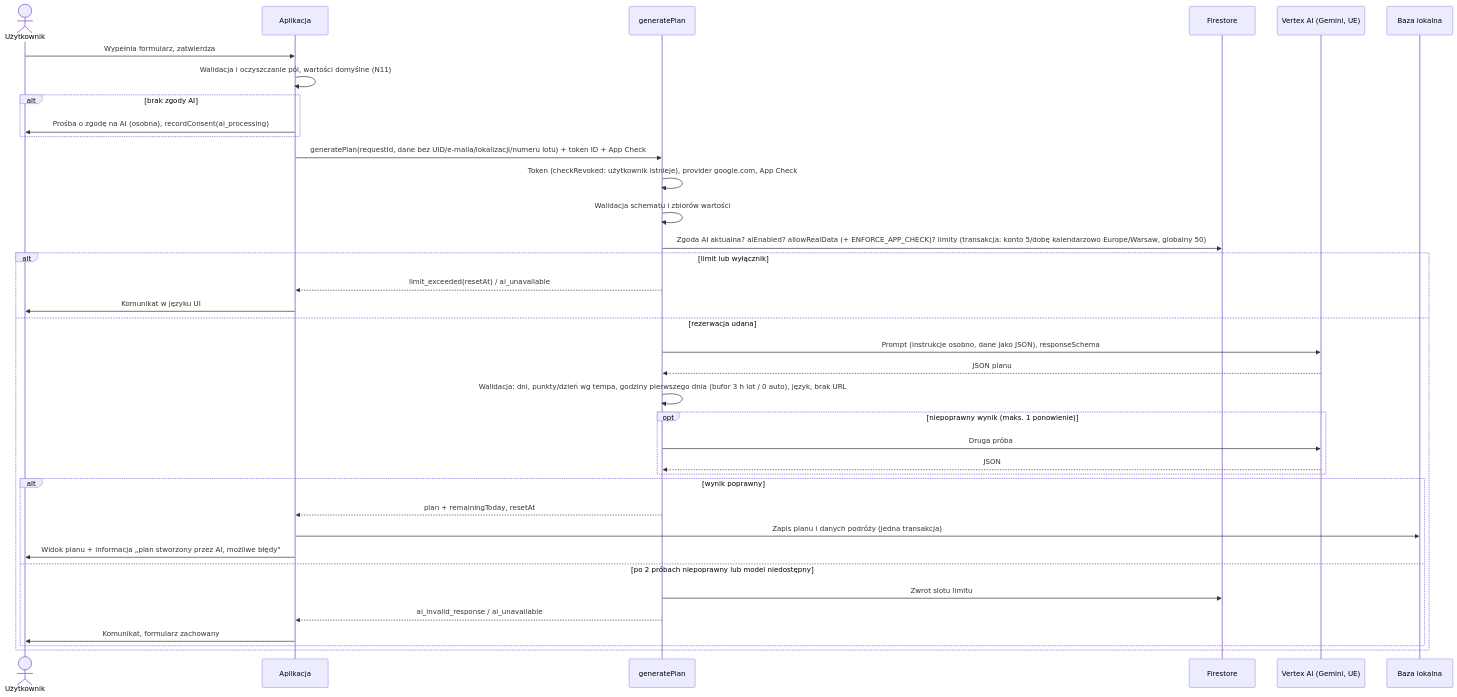
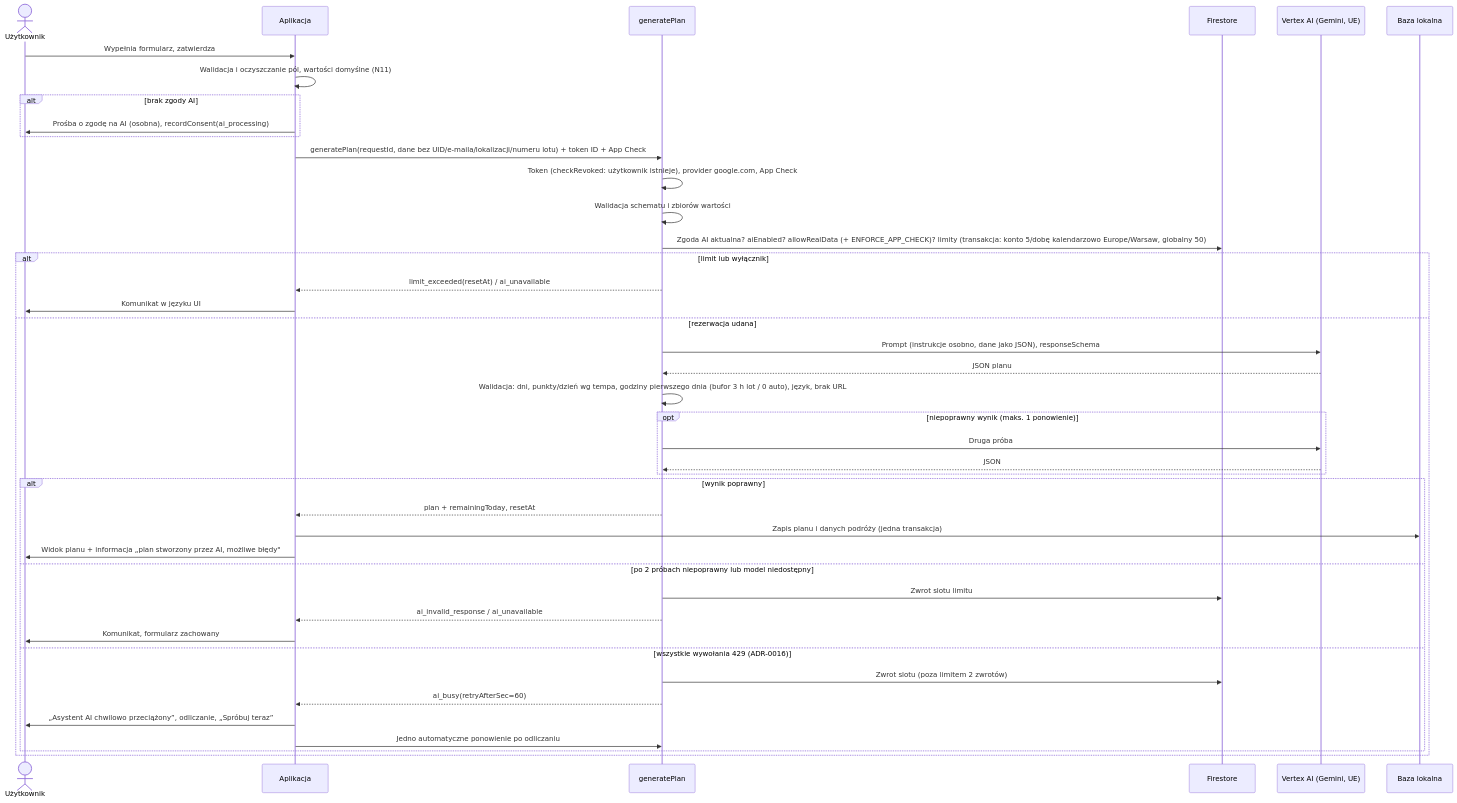
One commit to tadecode/tamitu changed the second of 4 diagrams in docs/architecture/flows.md. Above: the diagram before and after it, drawn with Mermaid. The commit also changed other lines of this file and 6 other files, not shown here.

First line of the commit message:
docs(arch): TAM-96 – decyzja O-TAM96-1: ai_busy, warunek kosztu 429, ponowienie w aplikacji

````diff
--- a/docs/architecture/flows.md
+++ b/docs/architecture/flows.md
@@ -35,40 +35,45 @@
 ```mermaid
 sequenceDiagram
   actor U as Użytkownik
   participant A as Aplikacja
   participant FN as generatePlan
   participant FS as Firestore
   participant V as Vertex AI (Gemini, UE)
   participant DB as Baza lokalna
 
   U->>A: Wypełnia formularz, zatwierdza
   A->>A: Walidacja i oczyszczanie pól, wartości domyślne (N11)
   alt brak zgody AI
     A->>U: Prośba o zgodę na AI (osobna), recordConsent(ai_processing)
   end
   A->>FN: generatePlan(requestId, dane bez UID/e-maila/lokalizacji/numeru lotu) + token ID + App Check
   FN->>FN: Token (checkRevoked: użytkownik istnieje), provider google.com, App Check
   FN->>FN: Walidacja schematu i zbiorów wartości
   FN->>FS: Zgoda AI aktualna? aiEnabled? allowRealData (+ ENFORCE_APP_CHECK)? limity (transakcja: konto 5/dobę kalendarzowo Europe/Warsaw, globalny 50)
   alt limit lub wyłącznik
     FN-->>A: limit_exceeded(resetAt) / ai_unavailable
     A->>U: Komunikat w języku UI
   else rezerwacja udana
     FN->>V: Prompt (instrukcje osobno, dane jako JSON), responseSchema
     V-->>FN: JSON planu
     FN->>FN: Walidacja: dni, punkty/dzień wg tempa, godziny pierwszego dnia (bufor 3 h lot / 0 auto), język, brak URL
     opt niepoprawny wynik (maks. 1 ponowienie)
       FN->>V: Druga próba
       V-->>FN: JSON
     end
     alt wynik poprawny
       FN-->>A: plan + remainingToday, resetAt
       A->>DB: Zapis planu i danych podróży (jedna transakcja)
       A->>U: Widok planu + informacja „plan stworzony przez AI, możliwe błędy"
     else po 2 próbach niepoprawny lub model niedostępny
       FN->>FS: Zwrot slotu limitu
       FN-->>A: ai_invalid_response / ai_unavailable
       A->>U: Komunikat, formularz zachowany
+    else wszystkie wywołania 429 (ADR-0016)
+      FN->>FS: Zwrot slotu (poza limitem 2 zwrotów)
+      FN-->>A: ai_busy(retryAfterSec=60)
+      A->>U: „Asystent AI chwilowo przeciążony”, odliczanie, „Spróbuj teraz”
+      A->>FN: Jedno automatyczne ponowienie po odliczaniu
     end
   end
 ```
````
